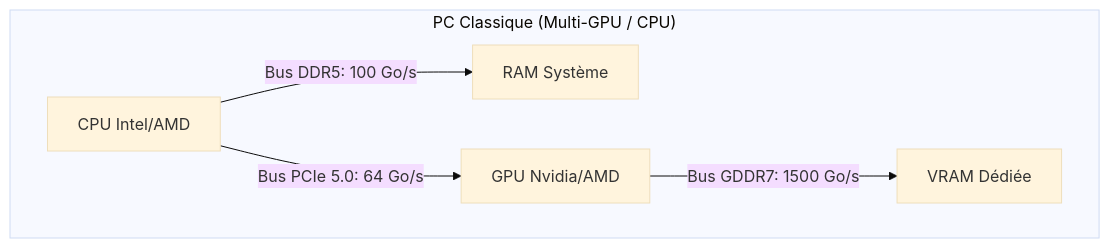
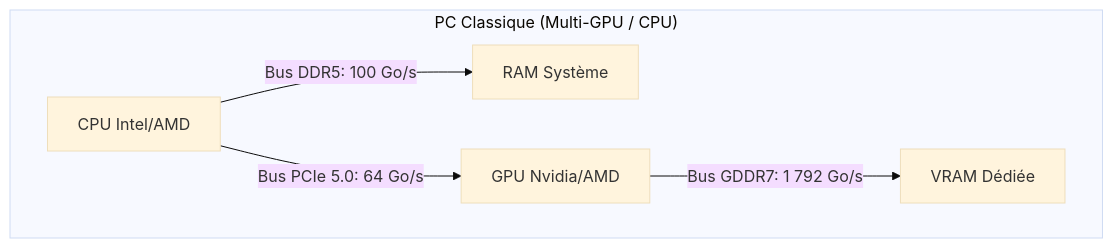
One commit to DamienBecherini/ia-on-prem-vault changed the first of 2 diagrams in 01-fondations/unified-memory-vs-ram-vs-vram.md. Above: the diagram before and after it, drawn with Mermaid (base theme). The commit also changed other lines of this file and 10 other files, not shown here.

````diff
--- a/01-fondations/unified-memory-vs-ram-vs-vram.md
+++ b/01-fondations/unified-memory-vs-ram-vs-vram.md
@@ -26,8 +26,8 @@
 ```mermaid
 graph TD
     subgraph "PC Classique (Multi-GPU / CPU)"
         CPU_PC[CPU Intel/AMD] -->|Bus DDR5: 100 Go/s| RAM_PC[RAM Système]
         CPU_PC -->|Bus PCIe 5.0: 64 Go/s| GPU_PC[GPU Nvidia/AMD]
-        GPU_PC -->|Bus GDDR7: 1500 Go/s| VRAM_PC[VRAM Dédiée]
+        GPU_PC -->|Bus GDDR7: 1 792 Go/s| VRAM_PC[VRAM Dédiée]
     end
 ```
````
